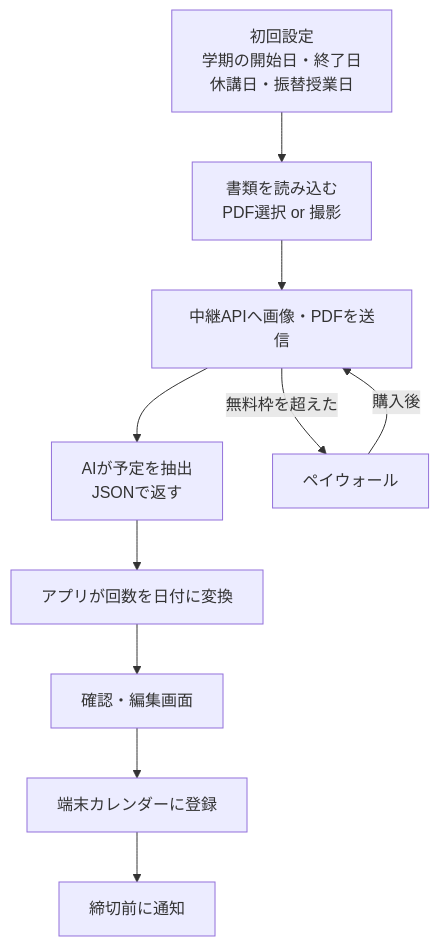
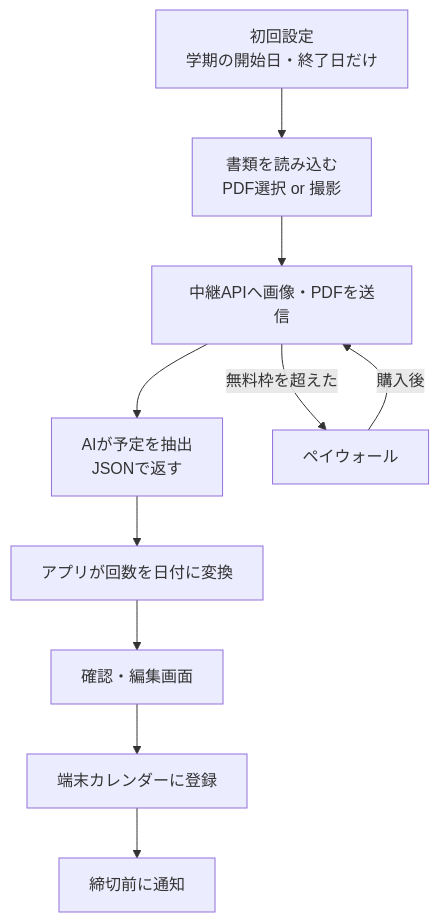
The first of 2 diagrams in syllabus-calendar-spec.md (syuta0923/due-lens), drawn with Mermaid before and after one commit. The commit also changed other lines of this file and 11 other files, not shown here.

````diff
--- a/syllabus-calendar-spec.md
+++ b/syllabus-calendar-spec.md
@@ -68,12 +76,12 @@
 ```mermaid
 flowchart TD
-    A[初回設定<br/>学期の開始日・終了日<br/>休講日・振替授業日] --> B[書類を読み込む<br/>PDF選択 or 撮影]
+    A[初回設定<br/>学期の開始日・終了日だけ] --> B[書類を読み込む<br/>PDF選択 or 撮影]
     B --> C[中継APIへ画像・PDFを送信]
     C --> D[AIが予定を抽出<br/>JSONで返す]
     D --> E[アプリが回数を日付に変換]
     E --> F[確認・編集画面]
     F --> G[端末カレンダーに登録]
     G --> H[締切前に通知]
     C -->|無料枠を超えた| P[ペイウォール]
     P -->|購入後| C
 ```
````
